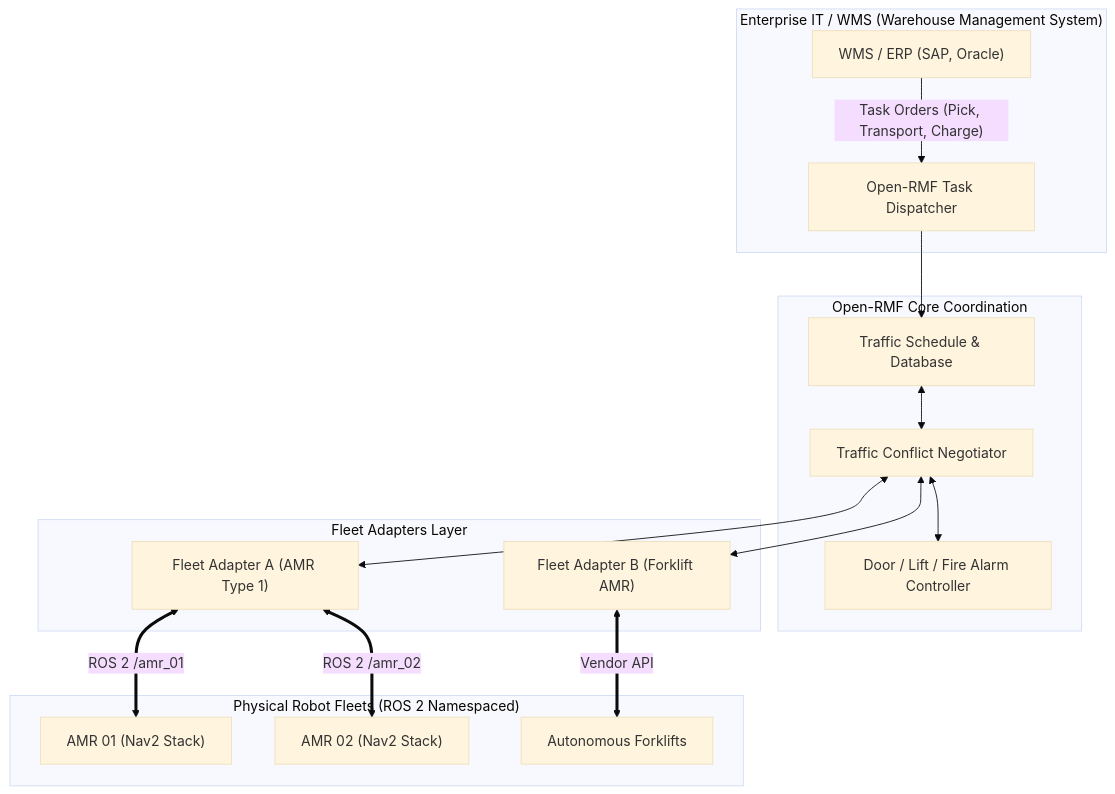
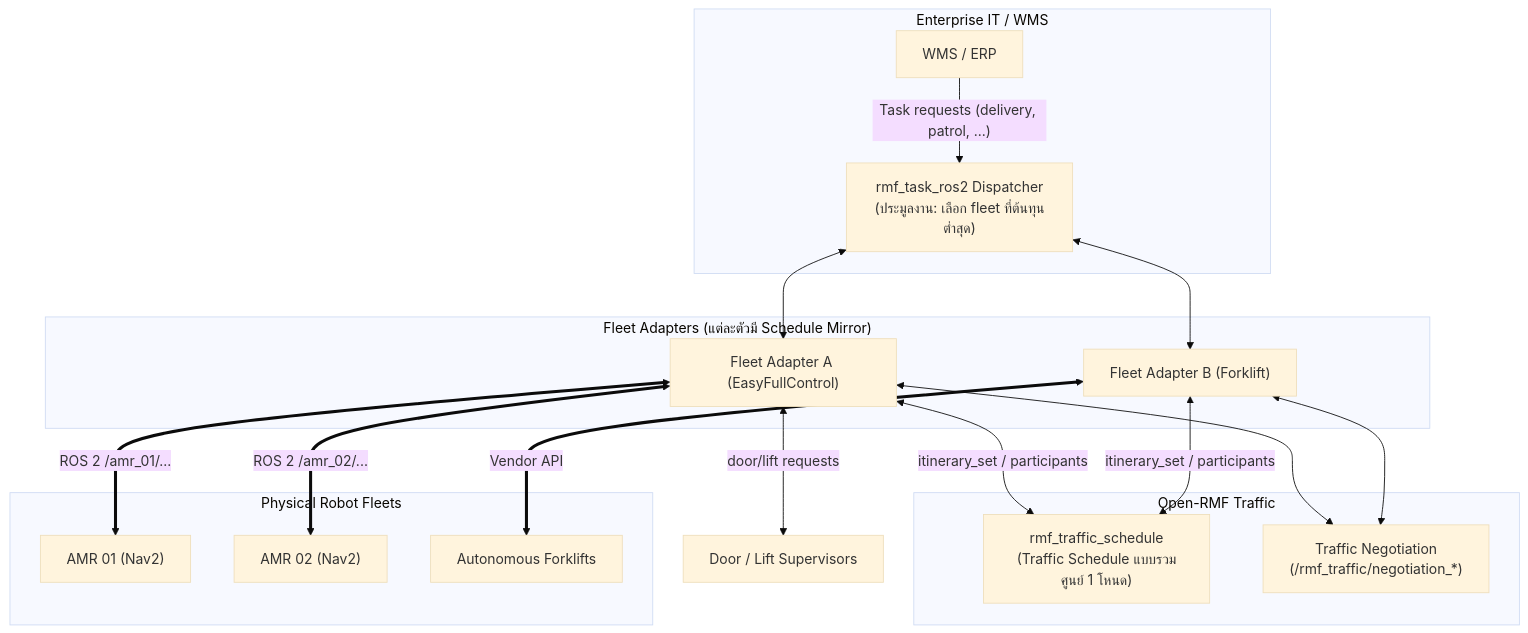
Before and after one commit to alfaXphoori/ros2: the first of 2 diagrams in Advanced_ROS/04_Multi_Robot_Fleet_OpenRMF/README.md, drawn with Mermaid (base theme). The commit also changed other lines of this file and 425 other files, not shown here.

````diff
--- a/Advanced_ROS/04_Multi_Robot_Fleet_OpenRMF/README.md
+++ b/Advanced_ROS/04_Multi_Robot_Fleet_OpenRMF/README.md
@@ -22,23 +48,32 @@
 ```mermaid
 flowchart TD
-    subgraph Enterprise_Layer ["Enterprise IT / WMS (Warehouse Management System)"]
-        WMS["WMS / ERP (SAP, Oracle)"] -->|"Task Orders (Pick, Transport, Charge)"| Dispatcher["Open-RMF Task Dispatcher"]
+    subgraph Enterprise_Layer ["Enterprise IT / WMS"]
+        WMS["WMS / ERP"] -->|"Task requests (delivery, patrol, ...)"| Dispatcher["rmf_task_ros2 Dispatcher<br>(ประมูลงาน: เลือก fleet ที่ต้นทุนต่ำสุด)"]
     end
 
-    subgraph RMF_Core ["Open-RMF Core Coordination"]
-        Dispatcher --> Schedule["Traffic Schedule & Database"]
-        Schedule <--> Negotiator["Traffic Conflict Negotiator"]
-        Negotiator <--> Building["Door / Lift / Fire Alarm Controller"]
+    subgraph RMF_Core ["Open-RMF Traffic"]
+        Schedule["rmf_traffic_schedule<br>(Traffic Schedule แบบรวมศูนย์ 1 โหนด)"]
+        Negotiation["Traffic Negotiation<br>(/rmf_traffic/negotiation_*)"]
     end
 
-    subgraph Fleet_Adapters ["Fleet Adapters Layer"]
-        Negotiator <--> AdapterA["Fleet Adapter A (AMR Type 1)"]
-        Negotiator <--> AdapterB["Fleet Adapter B (Forklift AMR)"]
+    subgraph Fleet_Adapters ["Fleet Adapters (แต่ละตัวมี Schedule Mirror)"]
+        AdapterA["Fleet Adapter A (EasyFullControl)"]
+        AdapterB["Fleet Adapter B (Forklift)"]
     end
 
-    subgraph Physical_Fleets ["Physical Robot Fleets (ROS 2 Namespaced)"]
-        AdapterA <==>|"ROS 2 /amr_01"| AMR1["AMR 01 (Nav2 Stack)"]
-        AdapterA <==>|"ROS 2 /amr_02"| AMR2["AMR 02 (Nav2 Stack)"]
+    Building["Door / Lift Supervisors"]
+
+    Dispatcher <--> AdapterA
+    Dispatcher <--> AdapterB
+    AdapterA <-->|"itinerary_set / participants"| Schedule
+    AdapterB <-->|"itinerary_set / participants"| Schedule
+    AdapterA <--> Negotiation
+    AdapterB <--> Negotiation
+    AdapterA <-->|"door/lift requests"| Building
+
+    subgraph Physical_Fleets ["Physical Robot Fleets"]
+        AdapterA <==>|"ROS 2 /amr_01/..."| AMR1["AMR 01 (Nav2)"]
+        AdapterA <==>|"ROS 2 /amr_02/..."| AMR2["AMR 02 (Nav2)"]
         AdapterB <==>|"Vendor API"| Forklifts["Autonomous Forklifts"]
     end
 ```
````
